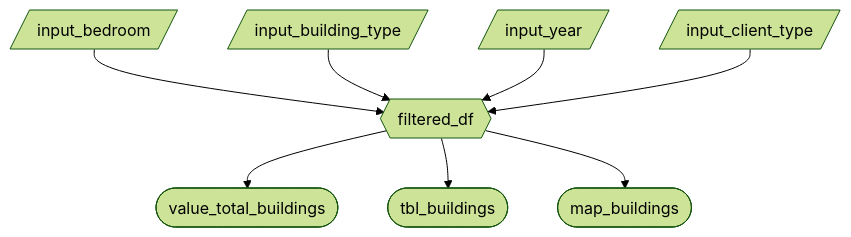
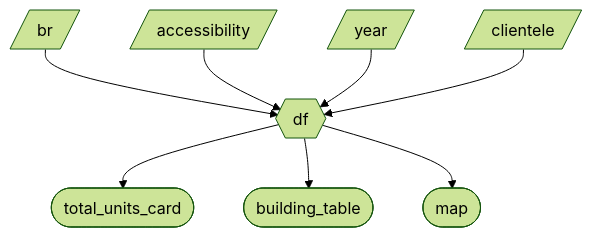
One commit to UBC-MDS/DSCI-532_2026_19_van-housing changed the diagram in reports/m2_spec.md. Above: the diagram before and after it, drawn with Mermaid (forest theme). The commit also changed other lines of this file, not shown here.

````diff
--- a/reports/m2_spec.md
+++ b/reports/m2_spec.md
@@ -38,10 +38,10 @@
 ```mermaid
 flowchart TD
-  A[/input_bedroom/] --> F{{filtered_df}}
-  B[/input_building_type/] --> F
-  C[/input_year/] --> F
-  D[/input_client_type/] --> F
-  F --> V([value_total_buildings])
-  F --> T([tbl_buildings])
-  F --> M([map_buildings])
+  A[/br/] --> F{{df}}
+  B[/accessibility/] --> F
+  C[/year/] --> F
+  D[/clientele/] --> F
+  F --> V([total_units_card])
+  F --> T([building_table])
+  F --> M([map])
 ```
````
